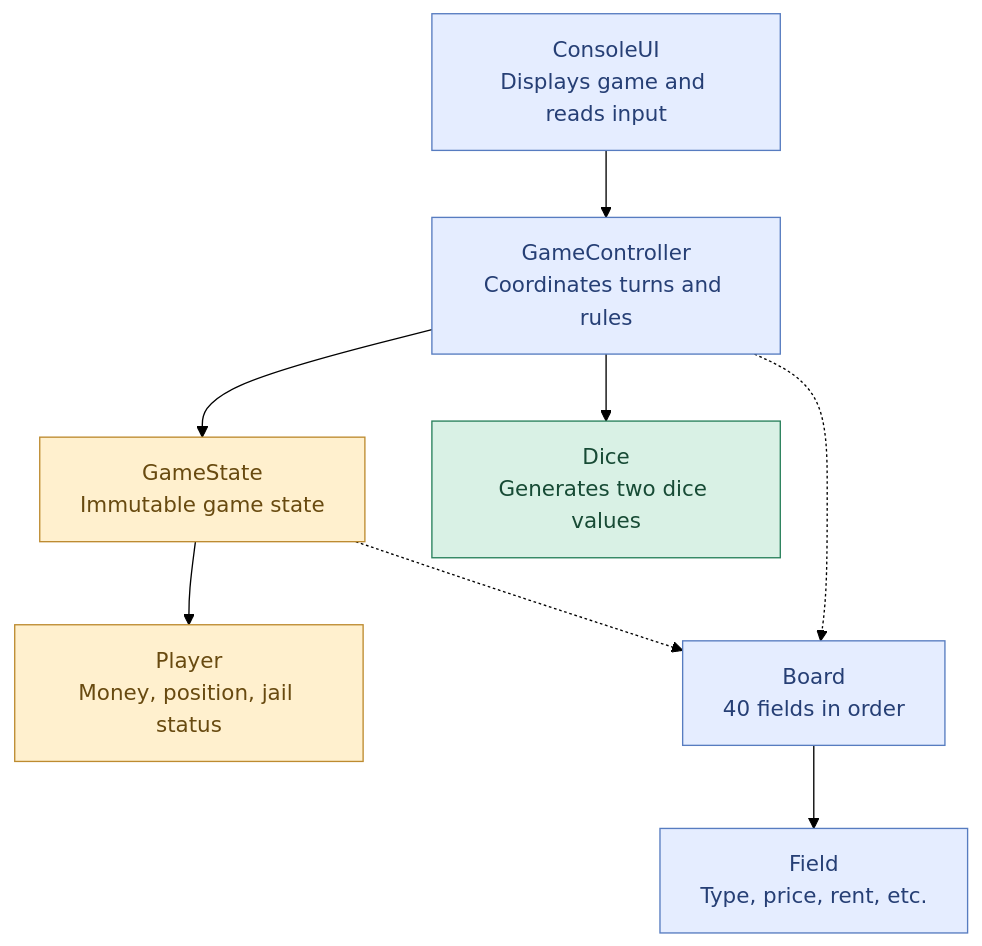
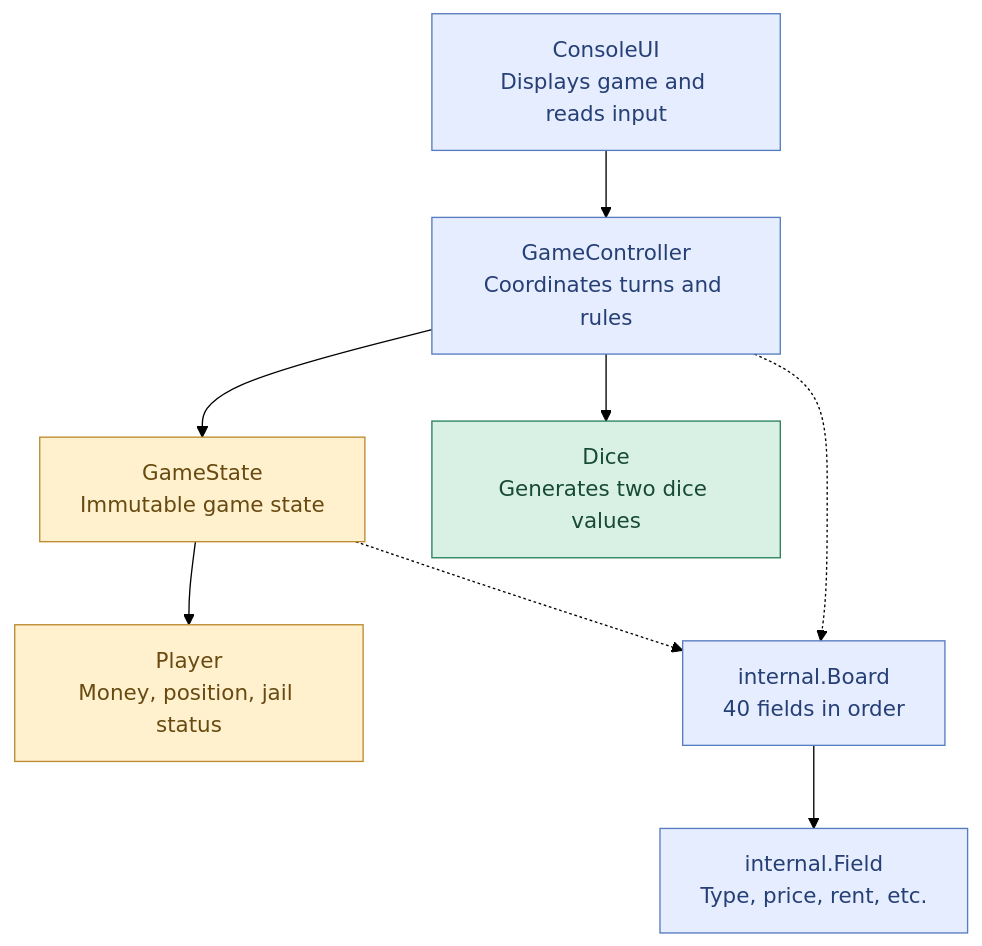
Before and after one commit to ve1lchen/project-monopoly: the first of 2 diagrams in ARCHITECTURE.md, drawn with Mermaid (forest theme). The commit also changed other lines of this file and 10 other files, not shown here.

````diff
--- a/ARCHITECTURE.md
+++ b/ARCHITECTURE.md
@@ -6,26 +6,26 @@
 ```mermaid
 flowchart TD
     UI["ConsoleUI<br/>Displays game and reads input"]
     GC["GameController<br/>Coordinates turns and rules"]
     GS["GameState<br/>Immutable game state"]
     D["Dice<br/>Generates two dice values"]
     P["Player<br/>Money, position, jail status"]
-    B["Board<br/>40 fields in order"]
-    F["Field<br/>Type, price, rent, etc."]
+    B["internal.Board<br/>40 fields in order"]
+    F["internal.Field<br/>Type, price, rent, etc."]
 
     UI --> GC
     GC --> D
     GC --> GS
     GS --> P
     GS -.-> B
     B --> F
     GC -.-> B
 
     classDef existing fill:#d9f1e5,stroke:#28805b,color:#174b35
     classDef planned fill:#e5edff,stroke:#577cc0,color:#263f75
     classDef partial fill:#fff0ce,stroke:#bd8b30,color:#684a10
 
     class D existing
     class P,GS partial
     class UI,GC,B,F planned
 ```
````
